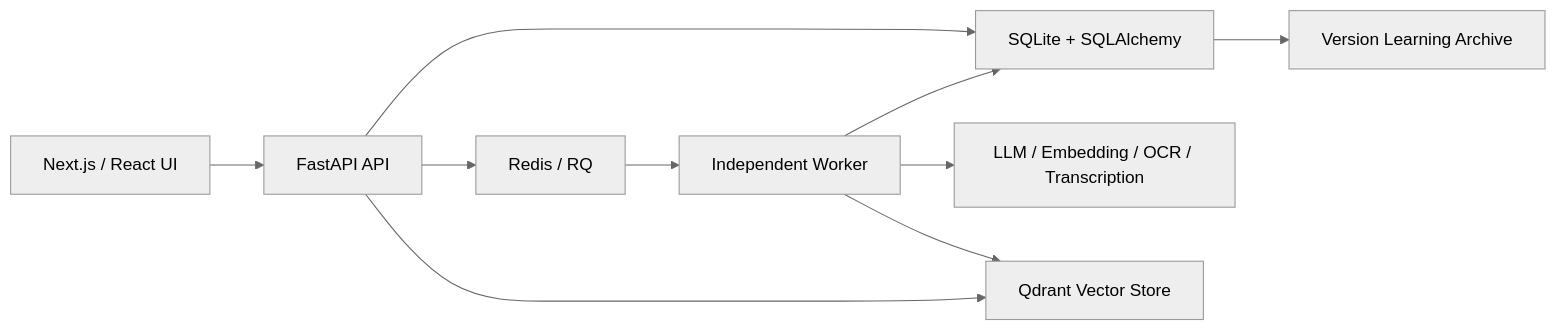
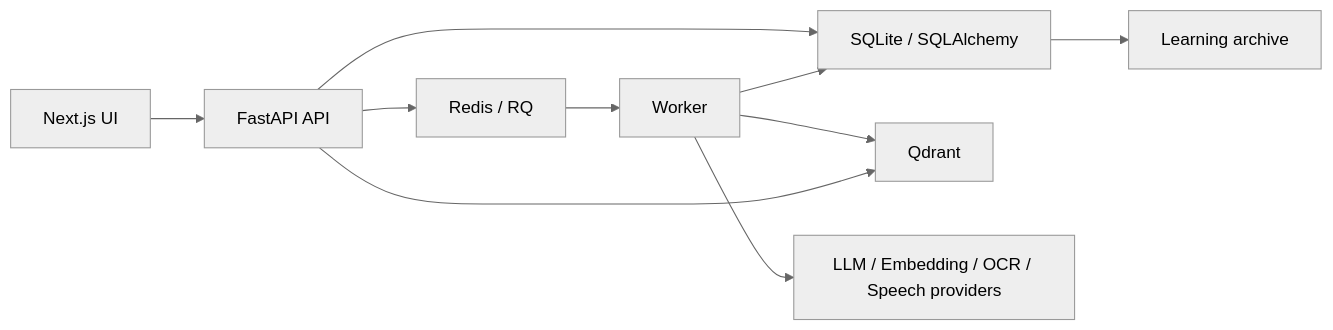
The first of 4 diagrams in README.md (DZH166/AI-Knowledge-OS-Pro), drawn with Mermaid (neutral theme) before and after one commit. The commit also changed other lines of this file and 38 other files, not shown here.

````diff
--- a/README.md
+++ b/README.md
@@ -47,12 +75,12 @@
 ```mermaid
 flowchart LR
-    UI["Next.js / React UI"] --> API["FastAPI API"]
-    API --> SQL["SQLite + SQLAlchemy"]
-    API --> REDIS["Redis / RQ"]
-    REDIS --> WORKER["Independent Worker"]
-    WORKER --> PROVIDERS["LLM / Embedding / OCR / Transcription"]
-    WORKER --> SQL
-    WORKER --> QDRANT["Qdrant Vector Store"]
-    API --> QDRANT
-    SQL --> ARCHIVE["Version Learning Archive"]
+    UI["Next.js UI"] --> API["FastAPI API"]
+    API --> SQL["SQLite / SQLAlchemy"]
+    API --> Redis["Redis / RQ"]
+    Redis --> Worker["Worker"]
+    Worker --> SQL
+    Worker --> Qdrant["Qdrant"]
+    API --> Qdrant
+    Worker --> Providers["LLM / Embedding / OCR / Speech providers"]
+    SQL --> Learning["Learning archive"]
 ```
````
